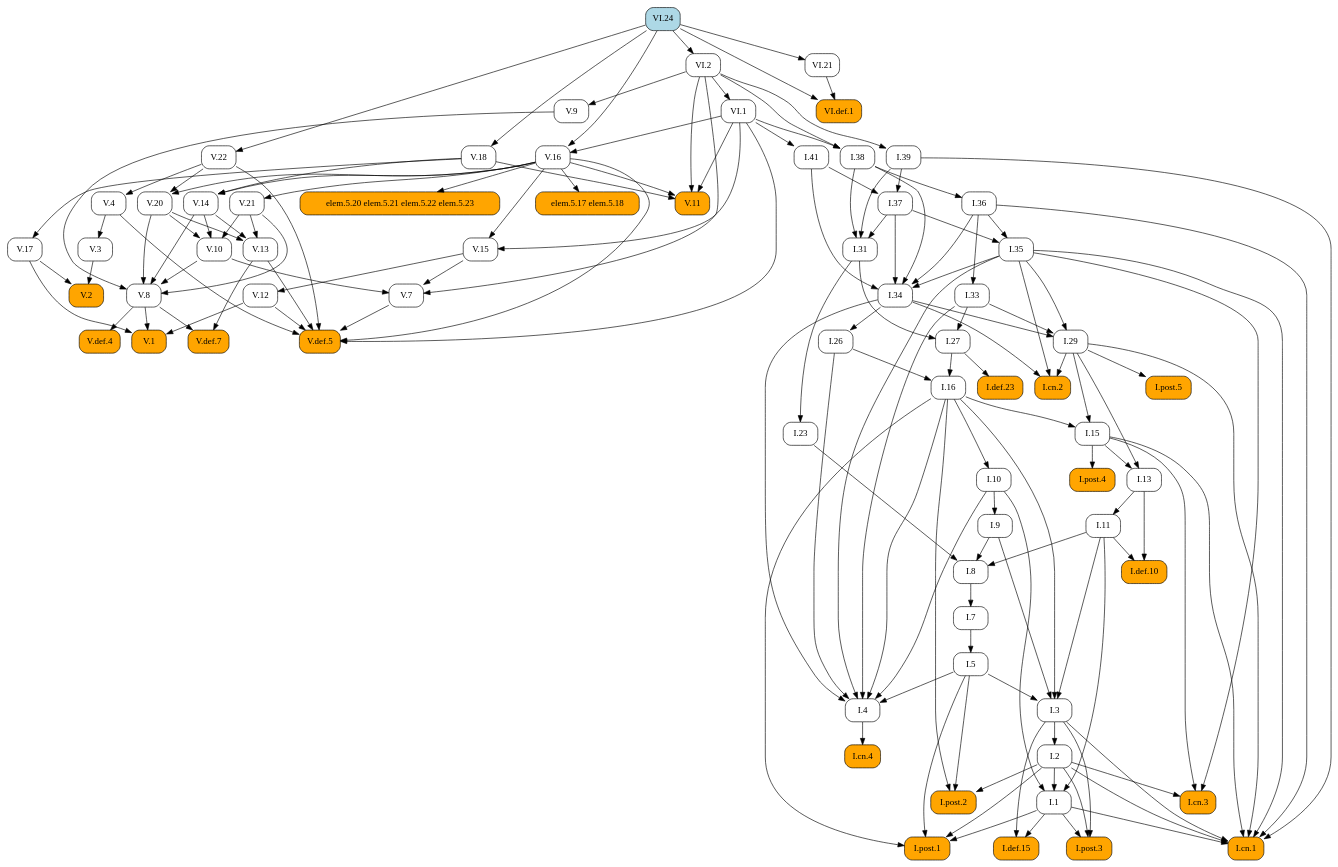
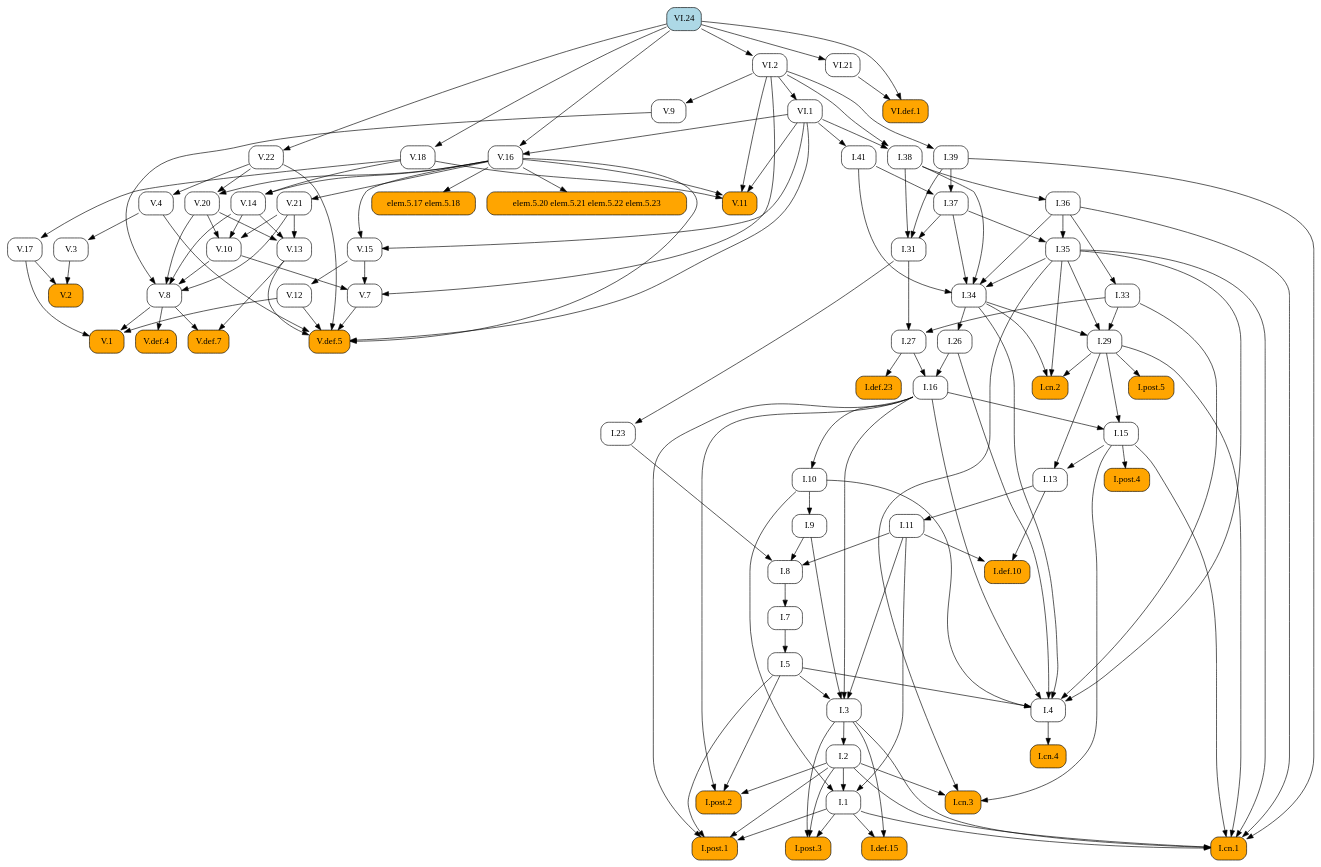
Before and after one commit to geometor/elements: the diagram in docsrc/elements2/VI/24/index.rst, drawn with Graphviz. The commit also changed other lines of this file and 171 other files, not shown here.

```diff
--- a/docsrc/elements2/VI/24/index.rst
+++ b/docsrc/elements2/VI/24/index.rst
@@ -123,146 +123,79 @@
    digraph {
      rankdir="TB";
      node [shape=box, style=rounded];
+     "V.20" [URL="/elements2/V/20/", target="_top"];
+     "I.8" [URL="/elements2/I/8/", target="_top"];
+     "I.36" [URL="/elements2/I/36/", target="_top"];
+     "V.def.5" [style="rounded,filled", fillcolor=orange, URL="/elements2/V/def.5/", target="_top"];
+     "V.def.7" [style="rounded,filled", fillcolor=orange, URL="/elements2/V/def.7/", target="_top"];
+     "I.38" [URL="/elements2/I/38/", target="_top"];
+     "I.post.5" [style="rounded,filled", fillcolor=orange, URL="/elements2/I/post.5/", target="_top"];
+     "I.def.10" [style="rounded,filled", fillcolor=orange, URL="/elements2/I/def.10/", target="_top"];
+     "I.cn.2" [style="rounded,filled", fillcolor=orange, URL="/elements2/I/cn.2/", target="_top"];
+     "I.31" [URL="/elements2/I/31/", target="_top"];
+     "I.post.2" [style="rounded,filled", fillcolor=orange, URL="/elements2/I/post.2/", target="_top"];
+     "I.def.23" [style="rounded,filled", fillcolor=orange, URL="/elements2/I/def.23/", target="_top"];
+     "I.26" [URL="/elements2/I/26/", target="_top"];
+     "V.17" [URL="/elements2/V/17/", target="_top"];
+     "VI.21" [URL="/elements2/VI/21/", target="_top"];
+     "V.3" [URL="/elements2/V/3/", target="_top"];
+     "I.cn.3" [style="rounded,filled", fillcolor=orange, URL="/elements2/I/cn.3/", target="_top"];
+     "V.2" [style="rounded,filled", fillcolor=orange, URL="/elements2/V/2/", target="_top"];
+     "V.12" [URL="/elements2/V/12/", target="_top"];
+     "V.22" [URL="/elements2/V/22/", target="_top"];
+     "I.41" [URL="/elements2/I/41/", target="_top"];
+     "I.35" [URL="/elements2/I/35/", target="_top"];
+     "I.27" [URL="/elements2/I/27/", target="_top"];
+     "I.4" [URL="/elements2/I/4/", target="_top"];
+     "V.8" [URL="/elements2/V/8/", target="_top"];
+     "VI.2" [URL="/elements2/VI/2/", target="_top"];
+     "I.39" [URL="/elements2/I/39/", target="_top"];
+     "I.15" [URL="/elements2/I/15/", target="_top"];
+     "I.34" [URL="/elements2/I/34/", target="_top"];
+     "VI.24" [style="rounded,filled", fillcolor=lightblue, URL="/elements2/VI/24/", target="_top"];
+     "I.post.3" [style="rounded,filled", fillcolor=orange, URL="/elements2/I/post.3/", target="_top"];
+     "V.18" [URL="/elements2/V/18/", target="_top"];
+     "V.def.4" [style="rounded,filled", fillcolor=orange, URL="/elements2/V/def.4/", target="_top"];
+     "I.post.1" [style="rounded,filled", fillcolor=orange, URL="/elements2/I/post.1/", target="_top"];
+     "I.33" [URL="/elements2/I/33/", target="_top"];
+     "I.5" [URL="/elements2/I/5/", target="_top"];
      "elem.5.17 elem.5.18" [style="rounded,filled", fillcolor=orange];
-     "V.7" [URL="/elements2/V/7/", target="_top"];
-     "I.cn.4" [style="rounded,filled", fillcolor=orange, URL="/elements2/I/cn.4/", target="_top"];
-     "I.post.3" [style="rounded,filled", fillcolor=orange, URL="/elements2/I/post.3/", target="_top"];
-     "V.22" [URL="/elements2/V/22/", target="_top"];
-     "V.def.7" [style="rounded,filled", fillcolor=orange, URL="/elements2/V/def.7/", target="_top"];
-     "I.41" [URL="/elements2/I/41/", target="_top"];
-     "I.27" [URL="/elements2/I/27/", target="_top"];
-     "I.post.2" [style="rounded,filled", fillcolor=orange, URL="/elements2/I/post.2/", target="_top"];
-     "I.13" [URL="/elements2/I/13/", target="_top"];
-     "I.10" [URL="/elements2/I/10/", target="_top"];
-     "I.post.1" [style="rounded,filled", fillcolor=orange, URL="/elements2/I/post.1/", target="_top"];
-     "I.7" [URL="/elements2/I/7/", target="_top"];
-     "VI.def.1" [style="rounded,filled", fillcolor=orange, URL="/elements2/VI/def.1/", target="_top"];
+     "VI.1" [URL="/elements2/VI/1/", target="_top"];
+     "V.11" [style="rounded,filled", fillcolor=orange, URL="/elements2/V/11/", target="_top"];
      "V.13" [URL="/elements2/V/13/", target="_top"];
+     "V.9" [URL="/elements2/V/9/", target="_top"];
      "V.16" [URL="/elements2/V/16/", target="_top"];
-     "V.1" [style="rounded,filled", fillcolor=orange, URL="/elements2/V/1/", target="_top"];
-     "V.8" [URL="/elements2/V/8/", target="_top"];
-     "elem.5.20 elem.5.21 elem.5.22 elem.5.23" [style="rounded,filled", fillcolor=orange];
-     "I.9" [URL="/elements2/I/9/", target="_top"];
-     "I.38" [URL="/elements2/I/38/", target="_top"];
-     "I.8" [URL="/elements2/I/8/", target="_top"];
-     "I.23" [URL="/elements2/I/23/", target="_top"];
-     "I.26" [URL="/elements2/I/26/", target="_top"];
-     "I.15" [URL="/elements2/I/15/", target="_top"];
-     "V.18" [URL="/elements2/V/18/", target="_top"];
-     "V.4" [URL="/elements2/V/4/", target="_top"];
-     "VI.1" [URL="/elements2/VI/1/", target="_top"];
-     "I.1" [URL="/elements2/I/1/", target="_top"];
-     "I.3" [URL="/elements2/I/3/", target="_top"];
-     "I.cn.3" [style="rounded,filled", fillcolor=orange, URL="/elements2/I/cn.3/", target="_top"];
-     "I.37" [URL="/elements2/I/37/", target="_top"];
-     "I.def.10" [style="rounded,filled", fillcolor=orange, URL="/elements2/I/def.10/", target="_top"];
-     "I.34" [URL="/elements2/I/34/", target="_top"];
-     "V.def.5" [style="rounded,filled", fillcolor=orange, URL="/elements2/V/def.5/", target="_top"];
      "I.def.15" [style="rounded,filled", fillcolor=orange, URL="/elements2/I/def.15/", target="_top"];
-     "I.36" [URL="/elements2/I/36/", target="_top"];
-     "VI.24" [style="rounded,filled", fillcolor=lightblue, URL="/elements2/VI/24/", target="_top"];
-     "V.10" [URL="/elements2/V/10/", target="_top"];
-     "V.17" [URL="/elements2/V/17/", target="_top"];
-     "V.14" [URL="/elements2/V/14/", target="_top"];
      "V.15" [URL="/elements2/V/15/", target="_top"];
      "I.11" [URL="/elements2/I/11/", target="_top"];
-     "I.4" [URL="/elements2/I/4/", target="_top"];
+     "I.3" [URL="/elements2/I/3/", target="_top"];
+     "V.14" [URL="/elements2/V/14/", target="_top"];
+     "V.10" [URL="/elements2/V/10/", target="_top"];
+     "I.1" [URL="/elements2/I/1/", target="_top"];
+     "I.cn.4" [style="rounded,filled", fillcolor=orange, URL="/elements2/I/cn.4/", target="_top"];
+     "I.7" [URL="/elements2/I/7/", target="_top"];
+     "I.9" [URL="/elements2/I/9/", target="_top"];
+     "V.7" [URL="/elements2/V/7/", target="_top"];
+     "V.1" [style="rounded,filled", fillcolor=orange, URL="/elements2/V/1/", target="_top"];
+     "elem.5.20 elem.5.21 elem.5.22 elem.5.23" [style="rounded,filled", fillcolor=orange];
+     "V.21" [URL="/elements2/V/21/", target="_top"];
+     "I.cn.1" [style="rounded,filled", fillcolor=orange, URL="/elements2/I/cn.1/", target="_top"];
+     "I.29" [URL="/elements2/I/29/", target="_top"];
      "I.16" [URL="/elements2/I/16/", target="_top"];
-     "V.21" [URL="/elements2/V/21/", target="_top"];
-     "I.def.23" [style="rounded,filled", fillcolor=orange, URL="/elements2/I/def.23/", target="_top"];
+     "I.13" [URL="/elements2/I/13/", target="_top"];
+     "I.post.4" [style="rounded,filled", fillcolor=orange, URL="/elements2/I/post.4/", target="_top"];
+     "VI.def.1" [style="rounded,filled", fillcolor=orange, URL="/elements2/VI/def.1/", target="_top"];
      "I.2" [URL="/elements2/I/2/", target="_top"];
-     "I.cn.2" [style="rounded,filled", fillcolor=orange, URL="/elements2/I/cn.2/", target="_top"];
-     "I.post.5" [style="rounded,filled", fillcolor=orange, URL="/elements2/I/post.5/", target="_top"];
-     "VI.2" [URL="/elements2/VI/2/", target="_top"];
-     "V.3" [URL="/elements2/V/3/", target="_top"];
-     "VI.21" [URL="/elements2/VI/21/", target="_top"];
-     "V.def.4" [style="rounded,filled", fillcolor=orange, URL="/elements2/V/def.4/", target="_top"];
-     "I.35" [URL="/elements2/I/35/", target="_top"];
-     "V.11" [style="rounded,filled", fillcolor=orange, URL="/elements2/V/11/", target="_top"];
-     "V.2" [style="rounded,filled", fillcolor=orange, URL="/elements2/V/2/", target="_top"];
-     "I.31" [URL="/elements2/I/31/", target="_top"];
-     "I.33" [URL="/elements2/I/33/", target="_top"];
-     "I.post.4" [style="rounded,filled", fillcolor=orange, URL="/elements2/I/post.4/", target="_top"];
-     "I.39" [URL="/elements2/I/39/", target="_top"];
-     "I.cn.1" [style="rounded,filled", fillcolor=orange, URL="/elements2/I/cn.1/", target="_top"];
-     "V.9" [URL="/elements2/V/9/", target="_top"];
-     "I.29" [URL="/elements2/I/29/", target="_top"];
-     "I.5" [URL="/elements2/I/5/", target="_top"];
-     "V.12" [URL="/elements2/V/12/", target="_top"];
-     "V.20" [URL="/elements2/V/20/", target="_top"];
-     "V.16" -> "elem.5.17 elem.5.18";
-     "V.10" -> "V.7";
-     "V.15" -> "V.7";
-     "VI.2" -> "V.7";
-     "I.4" -> "I.cn.4";
-     "I.1" -> "I.post.3";
-     "I.2" -> "I.post.3";
-     "I.3" -> "I.post.3";
-     "VI.24" -> "V.22";
-     "V.8" -> "V.def.7";
-     "V.13" -> "V.def.7";
-     "VI.1" -> "I.41";
-     "I.31" -> "I.27";
-     "I.33" -> "I.27";
-     "I.2" -> "I.post.2";
-     "I.5" -> "I.post.2";
-     "I.16" -> "I.post.2";
-     "I.15" -> "I.13";
-     "I.29" -> "I.13";
-     "I.16" -> "I.10";
-     "I.1" -> "I.post.1";
-     "I.2" -> "I.post.1";
-     "I.5" -> "I.post.1";
-     "I.16" -> "I.post.1";
-     "I.8" -> "I.7";
-     "VI.21" -> "VI.def.1";
-     "VI.24" -> "VI.def.1";
-     "V.14" -> "V.13";
-     "V.20" -> "V.13";
-     "V.21" -> "V.13";
-     "VI.1" -> "V.16";
-     "VI.24" -> "V.16";
-     "V.8" -> "V.1";
-     "V.12" -> "V.1";
-     "V.17" -> "V.1";
-     "V.9" -> "V.8";
-     "V.10" -> "V.8";
-     "V.14" -> "V.8";
-     "V.20" -> "V.8";
-     "V.21" -> "V.8";
-     "V.16" -> "elem.5.20 elem.5.21 elem.5.22 elem.5.23";
-     "I.10" -> "I.9";
-     "VI.1" -> "I.38";
-     "VI.2" -> "I.38";
+     "I.37" [URL="/elements2/I/37/", target="_top"];
+     "I.10" [URL="/elements2/I/10/", target="_top"];
+     "I.23" [URL="/elements2/I/23/", target="_top"];
+     "V.4" [URL="/elements2/V/4/", target="_top"];
+     "V.16" -> "V.20";
+     "V.22" -> "V.20";
      "I.9" -> "I.8";
      "I.11" -> "I.8";
      "I.23" -> "I.8";
-     "I.31" -> "I.23";
-     "I.34" -> "I.26";
-     "I.16" -> "I.15";
-     "I.29" -> "I.15";
-     "VI.24" -> "V.18";
-     "V.22" -> "V.4";
-     "VI.2" -> "VI.1";
-     "I.2" -> "I.1";
-     "I.10" -> "I.1";
-     "I.11" -> "I.1";
-     "I.5" -> "I.3";
-     "I.9" -> "I.3";
-     "I.11" -> "I.3";
-     "I.16" -> "I.3";
-     "I.2" -> "I.cn.3";
-     "I.15" -> "I.cn.3";
-     "I.35" -> "I.cn.3";
-     "I.39" -> "I.37";
-     "I.41" -> "I.37";
-     "I.11" -> "I.def.10";
-     "I.13" -> "I.def.10";
-     "I.35" -> "I.34";
-     "I.36" -> "I.34";
-     "I.37" -> "I.34";
-     "I.38" -> "I.34";
-     "I.41" -> "I.34";
+     "I.38" -> "I.36";
      "V.4" -> "V.def.5";
      "V.7" -> "V.def.5";
      "V.12" -> "V.def.5";
@@ -270,18 +203,39 @@
      "V.16" -> "V.def.5";
      "V.22" -> "V.def.5";
      "VI.1" -> "V.def.5";
-     "I.1" -> "I.def.15";
-     "I.3" -> "I.def.15";
-     "I.38" -> "I.36";
-     "V.14" -> "V.10";
-     "V.20" -> "V.10";
-     "V.21" -> "V.10";
+     "V.8" -> "V.def.7";
+     "V.13" -> "V.def.7";
+     "VI.1" -> "I.38";
+     "VI.2" -> "I.38";
+     "I.29" -> "I.post.5";
+     "I.11" -> "I.def.10";
+     "I.13" -> "I.def.10";
+     "I.29" -> "I.cn.2";
+     "I.34" -> "I.cn.2";
+     "I.35" -> "I.cn.2";
+     "I.37" -> "I.31";
+     "I.38" -> "I.31";
+     "I.39" -> "I.31";
+     "I.2" -> "I.post.2";
+     "I.5" -> "I.post.2";
+     "I.16" -> "I.post.2";
+     "I.27" -> "I.def.23";
+     "I.34" -> "I.26";
      "V.18" -> "V.17";
-     "V.16" -> "V.14";
-     "V.18" -> "V.14";
-     "V.16" -> "V.15";
-     "VI.1" -> "V.15";
-     "I.13" -> "I.11";
+     "VI.24" -> "VI.21";
+     "V.4" -> "V.3";
+     "I.2" -> "I.cn.3";
+     "I.15" -> "I.cn.3";
+     "I.35" -> "I.cn.3";
+     "V.3" -> "V.2";
+     "V.17" -> "V.2";
+     "V.15" -> "V.12";
+     "VI.24" -> "V.22";
+     "VI.1" -> "I.41";
+     "I.36" -> "I.35";
+     "I.37" -> "I.35";
+     "I.31" -> "I.27";
+     "I.33" -> "I.27";
      "I.5" -> "I.4";
      "I.10" -> "I.4";
      "I.16" -> "I.4";
@@ -289,33 +243,71 @@
      "I.33" -> "I.4";
      "I.34" -> "I.4";
      "I.35" -> "I.4";
-     "I.26" -> "I.16";
-     "I.27" -> "I.16";
-     "V.16" -> "V.21";
-     "I.27" -> "I.def.23";
-     "I.3" -> "I.2";
-     "I.29" -> "I.cn.2";
-     "I.34" -> "I.cn.2";
-     "I.35" -> "I.cn.2";
-     "I.29" -> "I.post.5";
+     "V.9" -> "V.8";
+     "V.10" -> "V.8";
+     "V.14" -> "V.8";
+     "V.20" -> "V.8";
+     "V.21" -> "V.8";
      "VI.24" -> "VI.2";
-     "V.4" -> "V.3";
-     "VI.24" -> "VI.21";
+     "VI.2" -> "I.39";
+     "I.16" -> "I.15";
+     "I.29" -> "I.15";
+     "I.35" -> "I.34";
+     "I.36" -> "I.34";
+     "I.37" -> "I.34";
+     "I.38" -> "I.34";
+     "I.41" -> "I.34";
+     "I.1" -> "I.post.3";
+     "I.2" -> "I.post.3";
+     "I.3" -> "I.post.3";
+     "VI.24" -> "V.18";
      "V.8" -> "V.def.4";
-     "I.36" -> "I.35";
-     "I.37" -> "I.35";
+     "I.1" -> "I.post.1";
+     "I.2" -> "I.post.1";
+     "I.5" -> "I.post.1";
+     "I.16" -> "I.post.1";
+     "I.36" -> "I.33";
+     "I.7" -> "I.5";
+     "V.16" -> "elem.5.17 elem.5.18";
+     "VI.2" -> "VI.1";
      "V.16" -> "V.11";
      "V.18" -> "V.11";
      "VI.1" -> "V.11";
      "VI.2" -> "V.11";
-     "V.3" -> "V.2";
-     "V.17" -> "V.2";
-     "I.37" -> "I.31";
-     "I.38" -> "I.31";
-     "I.39" -> "I.31";
-     "I.36" -> "I.33";
-     "I.15" -> "I.post.4";
-     "VI.2" -> "I.39";
+     "V.14" -> "V.13";
+     "V.20" -> "V.13";
+     "V.21" -> "V.13";
+     "VI.2" -> "V.9";
+     "VI.1" -> "V.16";
+     "VI.24" -> "V.16";
+     "I.1" -> "I.def.15";
+     "I.3" -> "I.def.15";
+     "V.16" -> "V.15";
+     "VI.1" -> "V.15";
+     "I.13" -> "I.11";
+     "I.5" -> "I.3";
+     "I.9" -> "I.3";
+     "I.11" -> "I.3";
+     "I.16" -> "I.3";
+     "V.16" -> "V.14";
+     "V.18" -> "V.14";
+     "V.14" -> "V.10";
+     "V.20" -> "V.10";
+     "V.21" -> "V.10";
+     "I.2" -> "I.1";
+     "I.10" -> "I.1";
+     "I.11" -> "I.1";
+     "I.4" -> "I.cn.4";
+     "I.8" -> "I.7";
+     "I.10" -> "I.9";
+     "V.10" -> "V.7";
+     "V.15" -> "V.7";
+     "VI.2" -> "V.7";
+     "V.8" -> "V.1";
+     "V.12" -> "V.1";
+     "V.17" -> "V.1";
+     "V.16" -> "elem.5.20 elem.5.21 elem.5.22 elem.5.23";
+     "V.16" -> "V.21";
      "I.1" -> "I.cn.1";
      "I.2" -> "I.cn.1";
      "I.3" -> "I.cn.1";
@@ -324,12 +316,20 @@
      "I.35" -> "I.cn.1";
      "I.36" -> "I.cn.1";
      "I.39" -> "I.cn.1";
-     "VI.2" -> "V.9";
      "I.33" -> "I.29";
      "I.34" -> "I.29";
      "I.35" -> "I.29";
-     "I.7" -> "I.5";
-     "V.15" -> "V.12";
-     "V.16" -> "V.20";
-     "V.22" -> "V.20";
+     "I.26" -> "I.16";
+     "I.27" -> "I.16";
+     "I.15" -> "I.13";
+     "I.29" -> "I.13";
+     "I.15" -> "I.post.4";
+     "VI.21" -> "VI.def.1";
+     "VI.24" -> "VI.def.1";
+     "I.3" -> "I.2";
+     "I.39" -> "I.37";
+     "I.41" -> "I.37";
+     "I.16" -> "I.10";
+     "I.31" -> "I.23";
+     "V.22" -> "V.4";
    }
```
